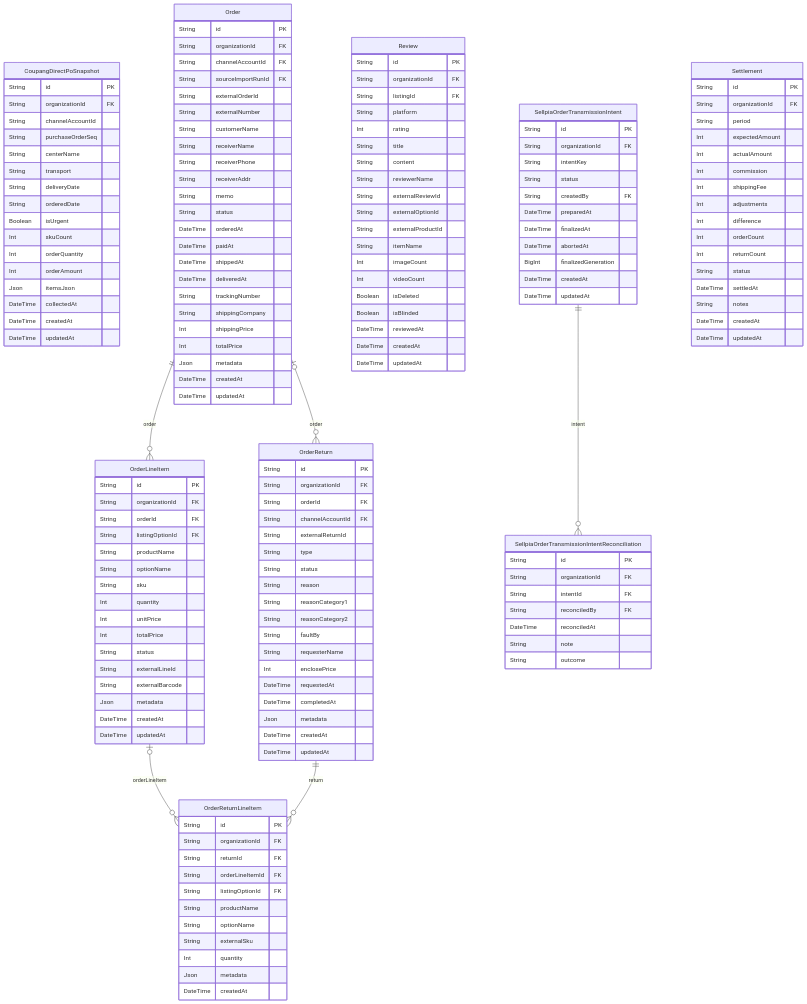
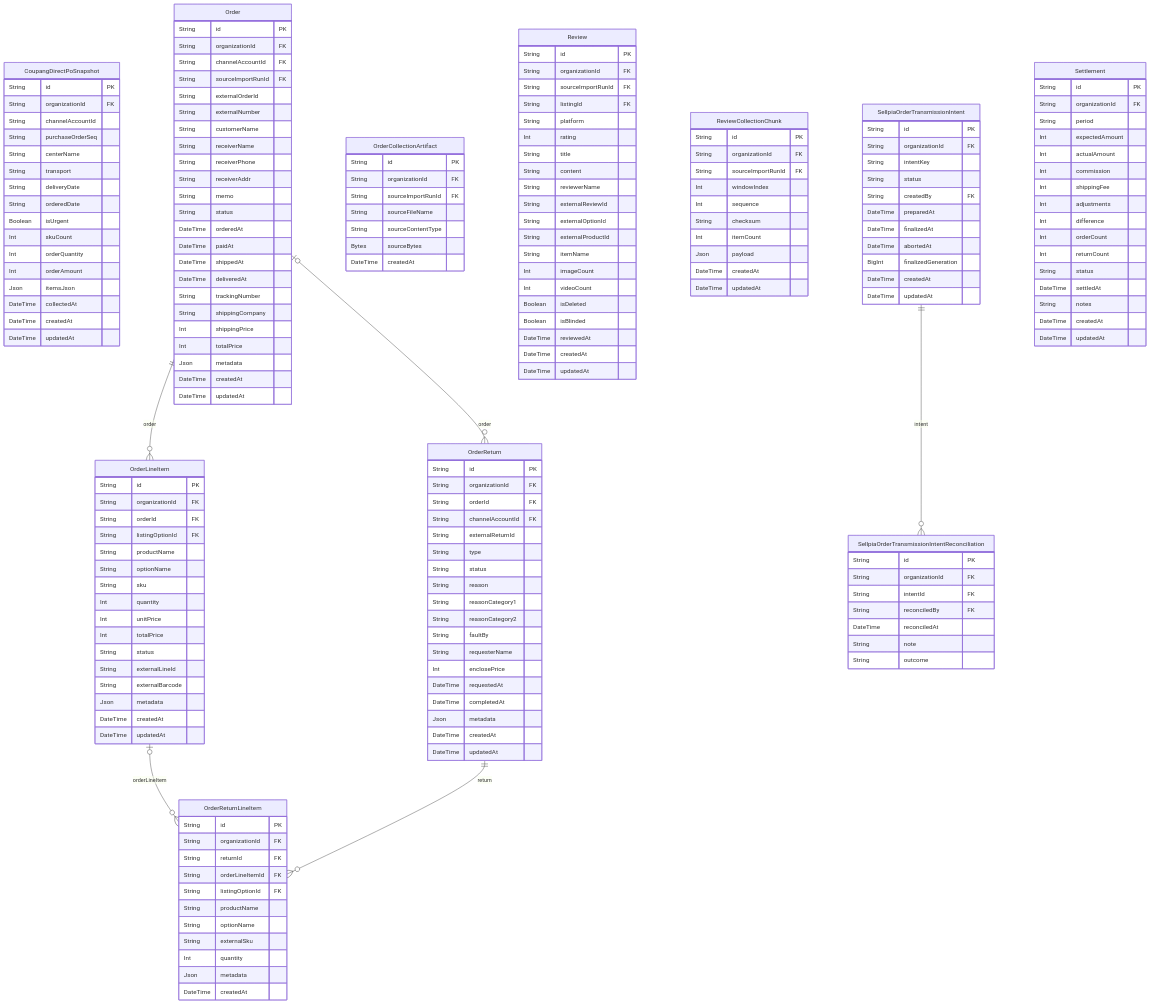
One commit to AgentFoundry-Labs/kiditem changed the diagram in docs/erd/orders.md. Above: the diagram before and after it, drawn with Mermaid. The commit also changed other lines of this file and 2278 other files, not shown here.

```diff
--- a/docs/erd/orders.md
+++ b/docs/erd/orders.md
@@ -65,6 +67,15 @@
     Json metadata
     DateTime createdAt
     DateTime updatedAt
+  }
+  OrderCollectionArtifact {
+    String id PK
+    String organizationId FK
+    String sourceImportRunId FK
+    String sourceFileName
+    String sourceContentType
+    Bytes sourceBytes
+    DateTime createdAt
   }
   OrderLineItem {
     String id PK
@@ -120,6 +131,7 @@
   Review {
     String id PK
     String organizationId FK
+    String sourceImportRunId FK
     String listingId FK
     String platform
     Int rating
@@ -135,6 +147,18 @@
     Boolean isDeleted
     Boolean isBlinded
     DateTime reviewedAt
+    DateTime createdAt
+    DateTime updatedAt
+  }
+  ReviewCollectionChunk {
+    String id PK
+    String organizationId FK
+    String sourceImportRunId FK
+    Int windowIndex
+    Int sequence
+    String checksum
+    Int itemCount
+    Json payload
     DateTime createdAt
     DateTime updatedAt
   }
```
